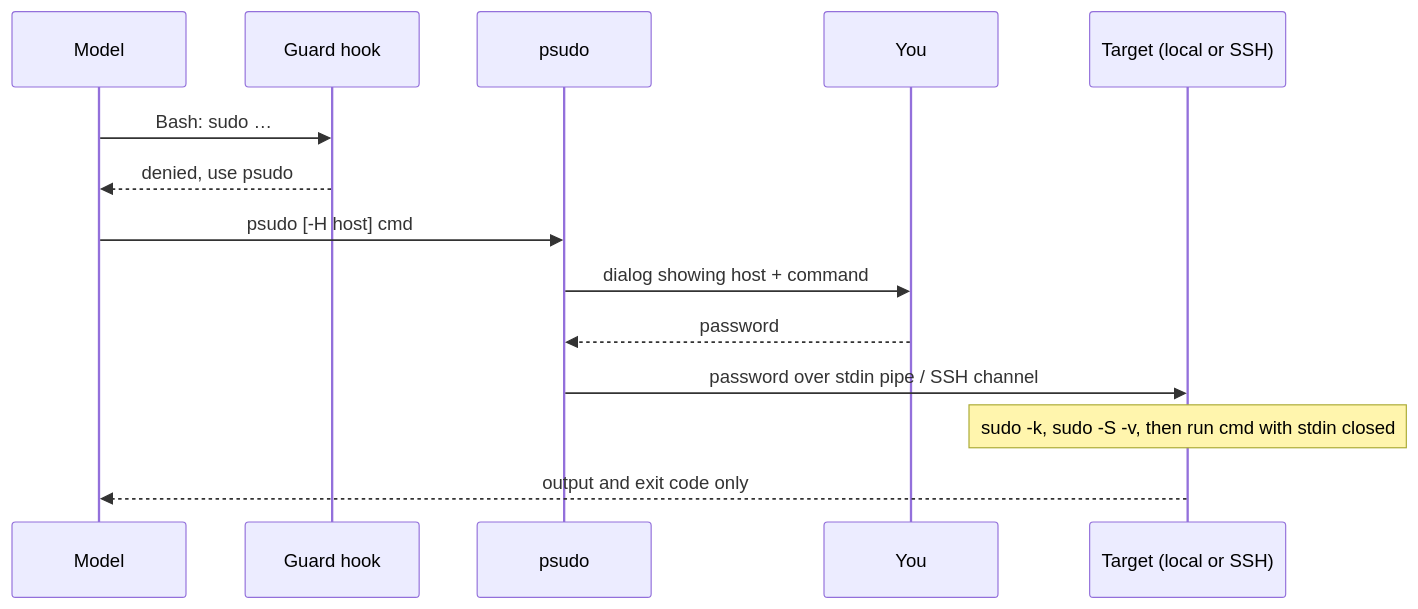
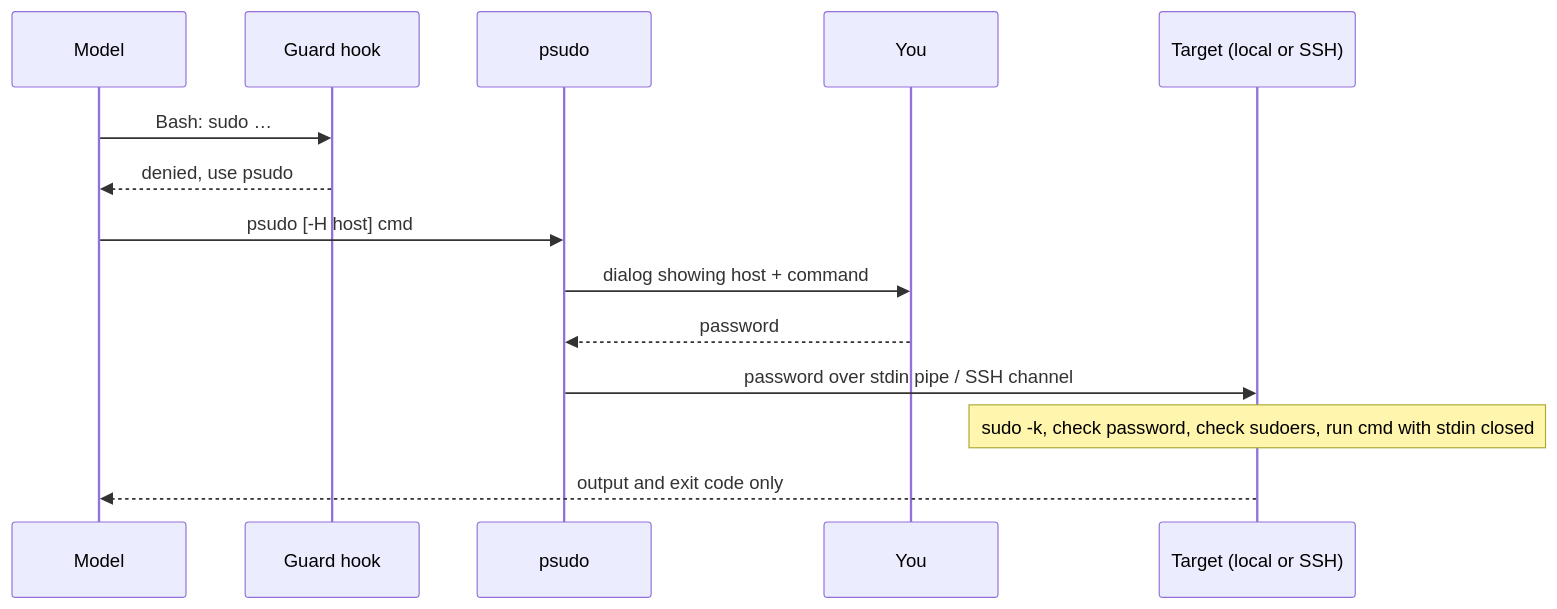
Before and after one commit to MikeRzDev/harness-root-hook: the diagram in README.md, drawn with Mermaid. The commit also changed other lines of this file and 21 other files, not shown here.

````diff
--- a/README.md
+++ b/README.md
@@ -118,16 +93,16 @@
 ```mermaid
 sequenceDiagram
     participant M as Model
     participant K as Guard hook
     participant P as psudo
     participant U as You
     participant T as Target (local or SSH)
     M->>K: Bash: sudo …
     K-->>M: denied, use psudo
     M->>P: psudo [-H host] cmd
     P->>U: dialog showing host + command
     U-->>P: password
     P->>T: password over stdin pipe / SSH channel
-    Note over T: sudo -k, sudo -S -v, then run cmd with stdin closed
+    Note over T: sudo -k, check password, check sudoers, run cmd with stdin closed
     T-->>M: output and exit code only
 ```
````
